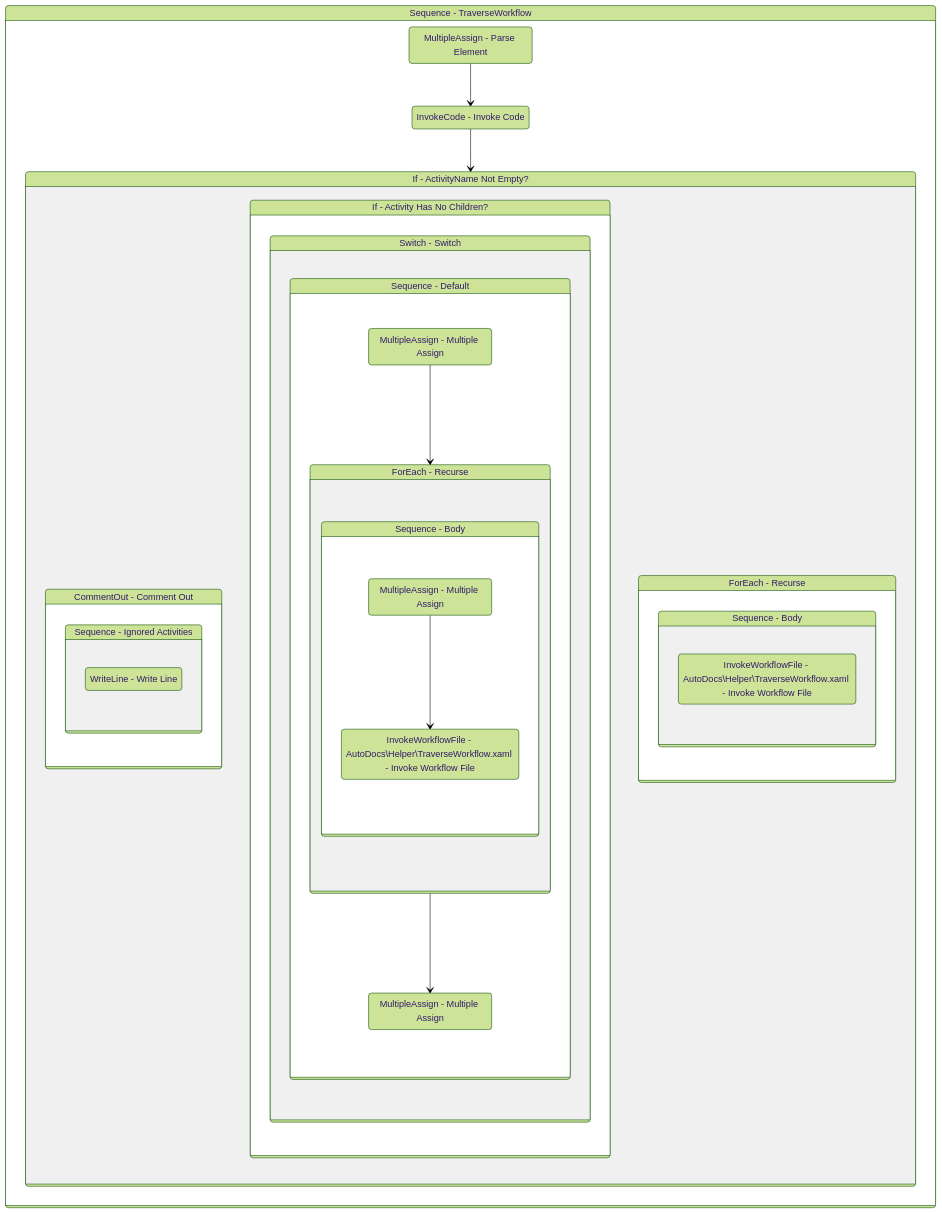
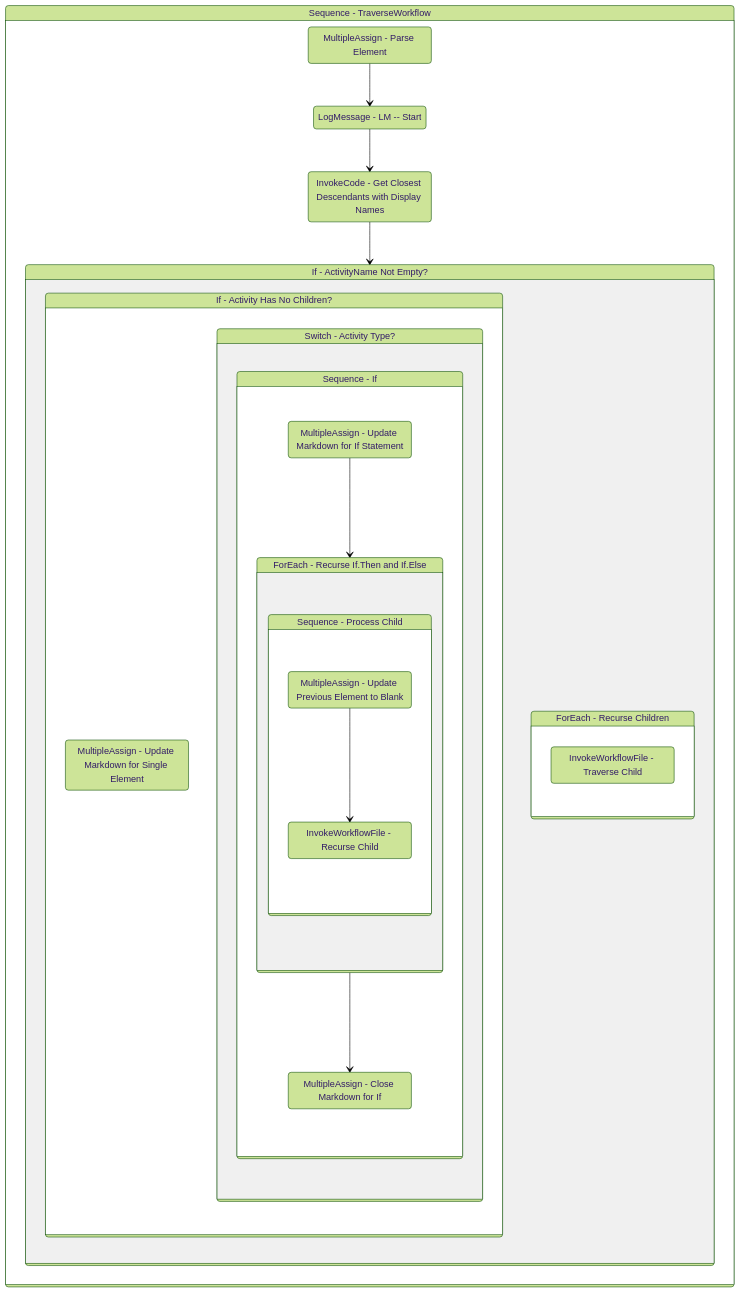
One commit to yashbrahmbhatt/LazyFramework changed the diagram in Documentation/AutoDocs/TraverseWorkflow.md. Above: the diagram before and after it, drawn with Mermaid (forest theme). The commit also changed other lines of this file and 58 other files, not shown here.

````diff
--- a/Documentation/AutoDocs/TraverseWorkflow.md
+++ b/Documentation/AutoDocs/TraverseWorkflow.md
@@ -151,70 +133,57 @@
 ```mermaid
 stateDiagram-v2
 
 
 Sequence_1: Sequence - TraverseWorkflow
 state Sequence_1 {
 direction TB
 MultipleAssign_1 : MultipleAssign - Parse Element
-InvokeCode_1 : InvokeCode - Invoke Code
-MultipleAssign_1 --> InvokeCode_1
+LogMessage_1 : LogMessage - LM -- Start
+MultipleAssign_1 --> LogMessage_1
+InvokeCode_1 : InvokeCode - Get Closest Descendants with Display Names
+LogMessage_1 --> InvokeCode_1
 InvokeCode_1 --> If_1
 If_1: If - ActivityName Not Empty?
 state If_1 {
 direction TB
 
-CommentOut_1: CommentOut - Comment Out
-state CommentOut_1 {
+If_3: If - Activity Has No Children?
+state If_3 {
+direction TB
+MultipleAssign_11 : MultipleAssign - Update Markdown for Single Element
+
+Switch1_2: Switch - Activity Type?
+state Switch1_2 {
 direction TB
 
-Sequence_12: Sequence - Ignored Activities
-state Sequence_12 {
+Sequence_13: Sequence - If
+state Sequence_13 {
 direction TB
-WriteLine_2 : WriteLine - Write Line
+MultipleAssign_12 : MultipleAssign - Update Markdown for If Statement
+MultipleAssign_12 --> ForEach1_7
+ForEach1_7: ForEach - Recurse If.Then and If.Else
+state ForEach1_7 {
+direction TB
+
+Sequence_15: Sequence - Process Child
+state Sequence_15 {
+direction TB
+MultipleAssign_13 : MultipleAssign - Update Previous Element to Blank
+InvokeWorkflowFile_4 : InvokeWorkflowFile - Recurse Child
+MultipleAssign_13 --> InvokeWorkflowFile_4
 }
 }
-
-If_2: If - Activity Has No Children?
-state If_2 {
-direction TB
-
-Switch1_1: Switch - Switch
-state Switch1_1 {
-direction TB
-
-Sequence_10: Sequence - Default
-state Sequence_10 {
-direction TB
-MultipleAssign_8 : MultipleAssign - Multiple Assign
-MultipleAssign_8 --> ForEach1_4
-ForEach1_4: ForEach - Recurse
-state ForEach1_4 {
-direction TB
-
-Sequence_11: Sequence - Body
-state Sequence_11 {
-direction TB
-MultipleAssign_9 : MultipleAssign - Multiple Assign
-InvokeWorkflowFile_3 : InvokeWorkflowFile - AutoDocs\\Helper\\TraverseWorkflow.xaml - Invoke Workflow File
-MultipleAssign_9 --> InvokeWorkflowFile_3
-}
-}
-MultipleAssign_10 : MultipleAssign - Multiple Assign
-ForEach1_4 --> MultipleAssign_10
+MultipleAssign_14 : MultipleAssign - Close Markdown for If
+ForEach1_7 --> MultipleAssign_14
 }
 }
 }
 
-ForEach1_1: ForEach - Recurse
-state ForEach1_1 {
+ForEach1_5: ForEach - Recurse Children
+state ForEach1_5 {
 direction TB
-
-Sequence_2: Sequence - Body
-state Sequence_2 {
-direction TB
-InvokeWorkflowFile_1 : InvokeWorkflowFile - AutoDocs\\Helper\\TraverseWorkflow.xaml - Invoke Workflow File
-}
+InvokeWorkflowFile_6 : InvokeWorkflowFile - Traverse Child
 }
 }
 }
 ```
````
